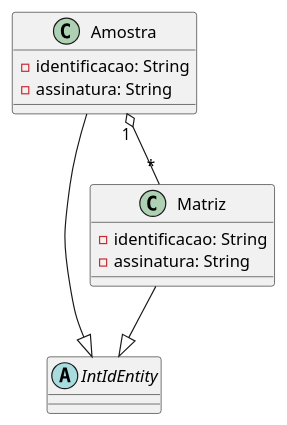
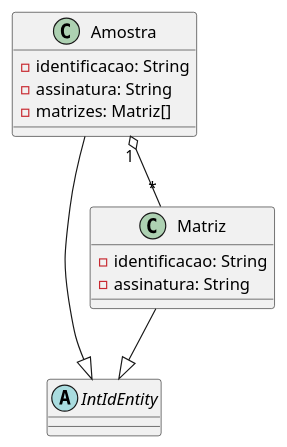
The diagram in docs/classes/core/amostras/domain/main.puml (Wesley0010012/DSMA-Requisitos), drawn with PlantUML before and after one commit.

Commit message:
fix: inclui agregação de matriz em amostra

```diff
--- a/docs/classes/core/amostras/domain/main.puml
+++ b/docs/classes/core/amostras/domain/main.puml
@@ -1,19 +1,20 @@
 @startuml "Domínio - Módulo de Amostras"
 
 abstract class IntIdEntity
 
 class Matriz {
     - identificacao: String
     - assinatura: String
 }
 
 class Amostra {
     - identificacao: String
     - assinatura: String
+    - matrizes: Matriz[]
 }
 
 Amostra --|> IntIdEntity
 Amostra "1" o-- "*" Matriz
 Matriz --|> IntIdEntity
 
 @enduml
```
